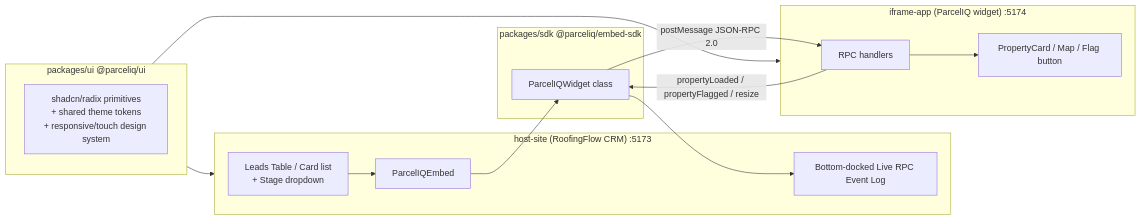
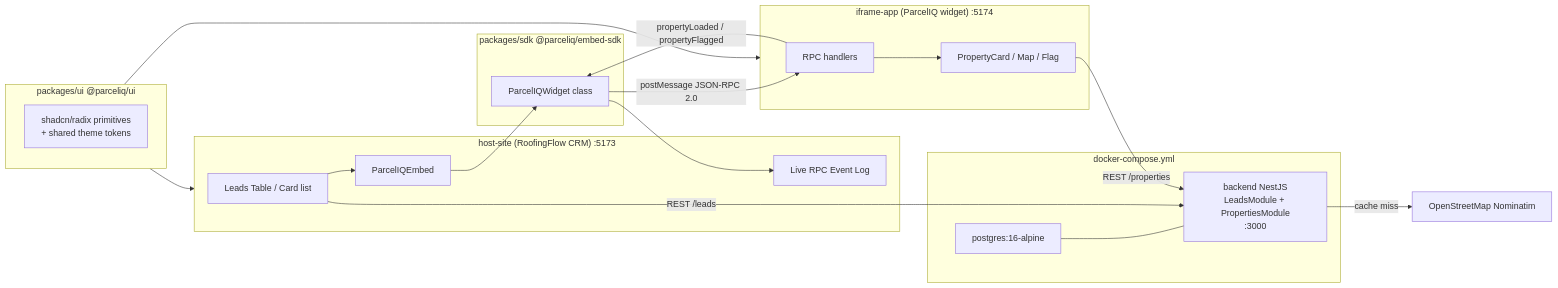
One commit to JCWoodworker/PropertyRadarPractice changed the diagram in README.md. Above: the diagram before and after it, drawn with Mermaid. The commit also changed other lines of this file and 71 other files, not shown here.

Commit message:
feature: backend is set up with postgres db and docker to run, added pagination.

````diff
--- a/README.md
+++ b/README.md
@@ -30,29 +34,40 @@
 ```mermaid
 flowchart LR
+    subgraph dockerCompose ["docker-compose.yml"]
+        Postgres["postgres:16-alpine"]
+        Backend["backend NestJS\nLeadsModule + PropertiesModule\n:3000"]
+    end
+
     subgraph uiPkg ["packages/ui  @parceliq/ui"]
-        Primitives["shadcn/radix primitives\n+ shared theme tokens\n+ responsive/touch design system"]
+        Primitives["shadcn/radix primitives\n+ shared theme tokens"]
     end
 
     subgraph hostSite ["host-site (RoofingFlow CRM) :5173"]
-        LeadsList["Leads Table / Card list\n+ Stage dropdown"]
+        LeadsList["Leads Table / Card list"]
         SDKReactWrapper["ParcelIQEmbed"]
-        EventLog["Bottom-docked Live RPC Event Log"]
+        EventLog["Live RPC Event Log"]
     end
 
     subgraph sdkPkg ["packages/sdk  @parceliq/embed-sdk"]
         WidgetClass["ParcelIQWidget class"]
     end
 
     subgraph iframeApp ["iframe-app (ParcelIQ widget) :5174"]
         Handlers["RPC handlers"]
-        UI["PropertyCard / Map / Flag button"]
+        UI["PropertyCard / Map / Flag"]
     end
 
+    Nominatim["OpenStreetMap Nominatim"]
+
+    Postgres --- Backend
+    LeadsList -- "REST /leads" --> Backend
+    UI -- "REST /properties" --> Backend
+    Backend -- "cache miss" --> Nominatim
     uiPkg --> hostSite
     uiPkg --> iframeApp
     LeadsList --> SDKReactWrapper --> WidgetClass
     WidgetClass -- "postMessage JSON-RPC 2.0" --> Handlers
-    Handlers -- "propertyLoaded / propertyFlagged / resize" --> WidgetClass
+    Handlers -- "propertyLoaded / propertyFlagged" --> WidgetClass
     WidgetClass --> EventLog
     Handlers --> UI
 ```
````
